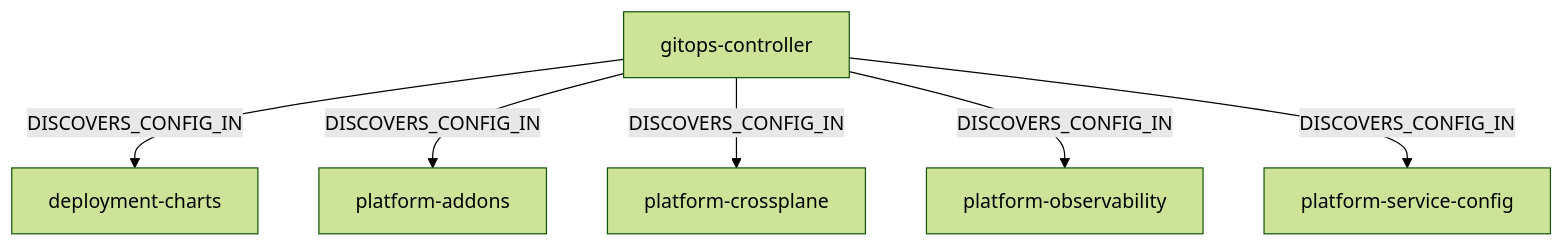
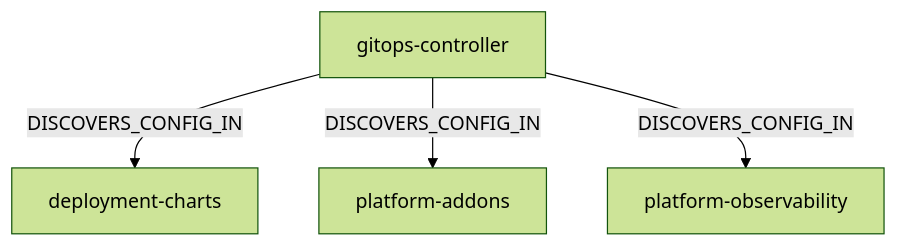
Before and after one commit to eshu-hq/eshu: the second of 4 diagrams in docs/public/guides/relationship-graphs.md, drawn with Mermaid (forest theme). The commit also changed other lines of this file and 61 other files, not shown here.

````diff
--- a/docs/public/guides/relationship-graphs.md
+++ b/docs/public/guides/relationship-graphs.md
@@ -53,15 +31,11 @@
 ```mermaid
 graph TD
     GITOPS[gitops-controller]
     CHARTS[deployment-charts]
     ADDONS[platform-addons]
-    CROSS[platform-crossplane]
     OBS[platform-observability]
-    CFG[platform-service-config]
 
     GITOPS -->|DISCOVERS_CONFIG_IN| CHARTS
     GITOPS -->|DISCOVERS_CONFIG_IN| ADDONS
-    GITOPS -->|DISCOVERS_CONFIG_IN| CROSS
     GITOPS -->|DISCOVERS_CONFIG_IN| OBS
-    GITOPS -->|DISCOVERS_CONFIG_IN| CFG
 ```
````
